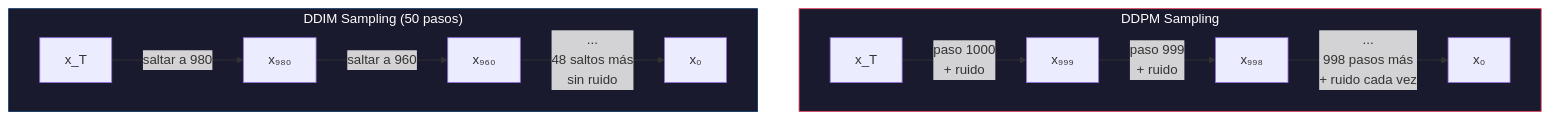
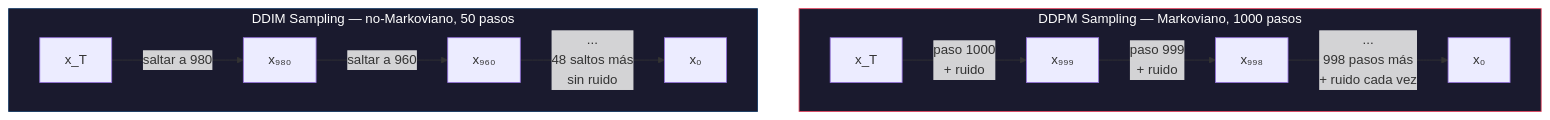
The third of 3 diagrams in 03-ddim/README.md (DavidDevGt/DifusionReal), drawn with Mermaid before and after one commit. The commit also changed other lines of this file, not shown here.

````diff
--- a/03-ddim/README.md
+++ b/03-ddim/README.md
@@ -212,19 +311,19 @@
 ```mermaid
 graph TB
-    subgraph DDPM_S ["DDPM Sampling"]
+    subgraph DDPM_S ["DDPM Sampling — Markoviano, 1000 pasos"]
         direction LR
         XT_P["x_T"] -->|"paso 1000<br/>+ ruido"| X999["x₉₉₉"]
         X999 -->|"paso 999<br/>+ ruido"| X998["x₉₉₈"]
         X998 -->|"...<br/>998 pasos más<br/>+ ruido cada vez"| X0_P["x₀"]
     end
 
-    subgraph DDIM_S ["DDIM Sampling (50 pasos)"]
+    subgraph DDIM_S ["DDIM Sampling — no-Markoviano, 50 pasos"]
         direction LR
         XT_D["x_T"] -->|"saltar a 980"| X980["x₉₈₀"]
         X980 -->|"saltar a 960"| X960["x₉₆₀"]
         X960 -->|"...<br/>48 saltos más<br/>sin ruido"| X0_D["x₀"]
     end
 
     style DDPM_S fill:#1a1a2e,stroke:#e94560,color:#fff
     style DDIM_S fill:#1a1a2e,stroke:#0f3460,color:#fff
 ```
````
